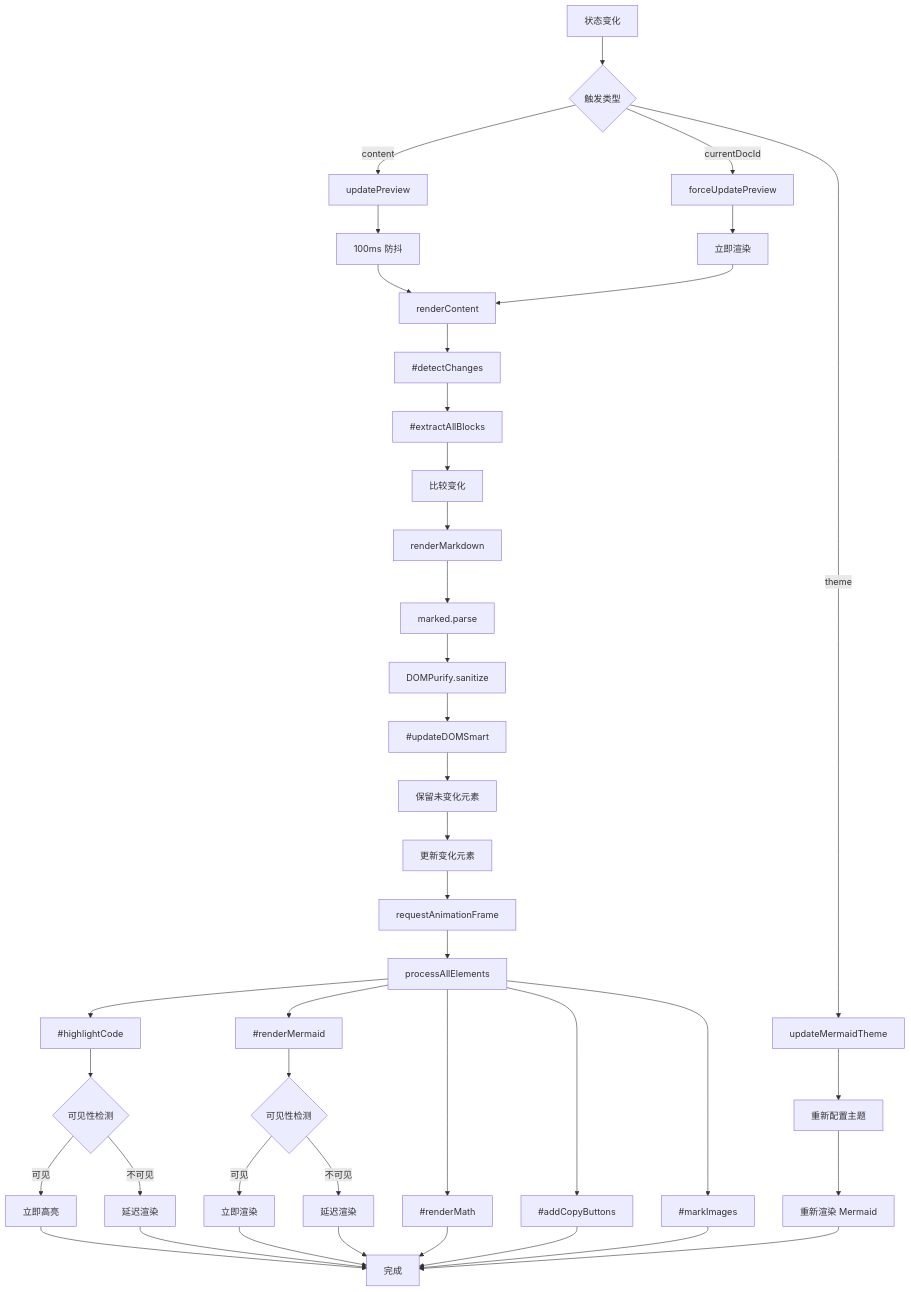
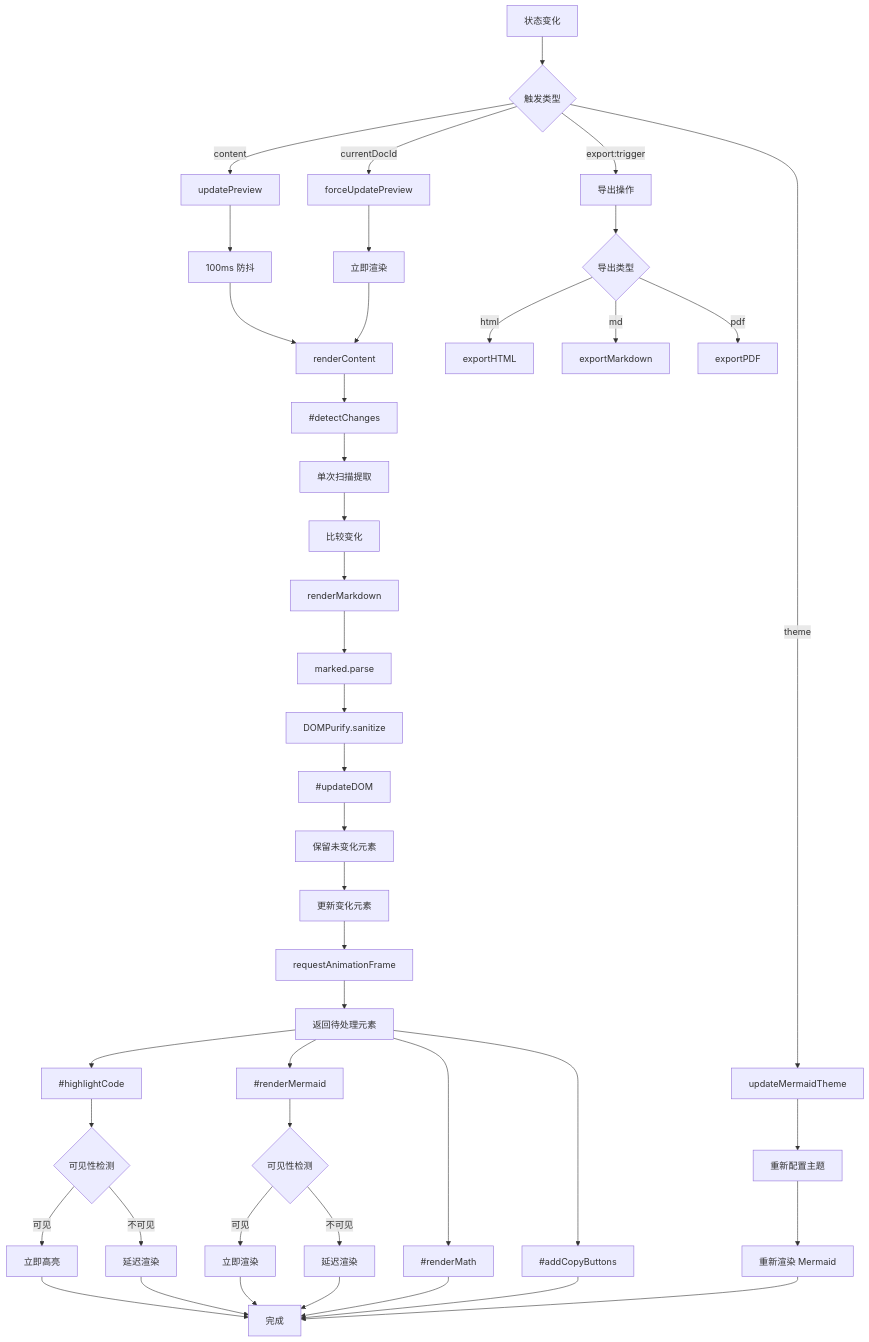
The tenth of 10 diagrams in docs/preview.md (ZCShou/markdown), drawn with Mermaid before and after one commit. The commit also changed other lines of this file and 1 other file, not shown here.

````diff
--- a/docs/preview.md
+++ b/docs/preview.md
@@ -1370,54 +1563,58 @@
 ```mermaid
 graph TD
     A[状态变化] --> B{触发类型}
     
     B -->|content| C[updatePreview]
     B -->|currentDocId| D[forceUpdatePreview]
     B -->|theme| E[updateMermaidTheme]
+    B -->|export:trigger| F[导出操作]
     
-    C --> F[100ms 防抖]
-    D --> G[立即渲染]
-    F --> H[renderContent]
-    G --> H
+    C --> G[100ms 防抖]
+    D --> H[立即渲染]
+    G --> I[renderContent]
+    H --> I
     
-    H --> I[#detectChanges]
-    I --> J[#extractAllBlocks]
-    J --> K[比较变化]
+    I --> J[#detectChanges]
+    J --> K[单次扫描提取]
+    K --> L[比较变化]
     
-    K --> L[renderMarkdown]
-    L --> M[marked.parse]
-    M --> N[DOMPurify.sanitize]
+    L --> M[renderMarkdown]
+    M --> N[marked.parse]
+    N --> O[DOMPurify.sanitize]
     
-    N --> O[#updateDOMSmart]
-    O --> P[保留未变化元素]
-    P --> Q[更新变化元素]
+    O --> P[#updateDOM]
+    P --> Q[保留未变化元素]
+    Q --> R[更新变化元素]
     
-    Q --> R[requestAnimationFrame]
-    R --> S[processAllElements]
+    R --> S[requestAnimationFrame]
+    S --> T[返回待处理元素]
     
-    S --> T[#highlightCode]
-    S --> U[#renderMermaid]
-    S --> V[#renderMath]
-    S --> W[#addCopyButtons]
-    S --> X[#markImages]
+    T --> U[#highlightCode]
+    T --> V[#renderMermaid]
+    T --> W[#renderMath]
+    T --> X[#addCopyButtons]
     
-    T --> Y{可见性检测}
+    U --> Y{可见性检测}
     Y -->|可见| Z[立即高亮]
     Y -->|不可见| AA[延迟渲染]
     
-    U --> AB{可见性检测}
+    V --> AB{可见性检测}
     AB -->|可见| AC[立即渲染]
     AB -->|不可见| AD[延迟渲染]
     
     Z --> AE[完成]
     AA --> AE
     AC --> AE
     AD --> AE
-    V --> AE
     W --> AE
     X --> AE
     
     E --> AF[重新配置主题]
     AF --> AG[重新渲染 Mermaid]
     AG --> AE
+    
+    F --> AH{导出类型}
+    AH -->|html| AI[exportHTML]
+    AH -->|md| AJ[exportMarkdown]
+    AH -->|pdf| AK[exportPDF]
 ```
````
